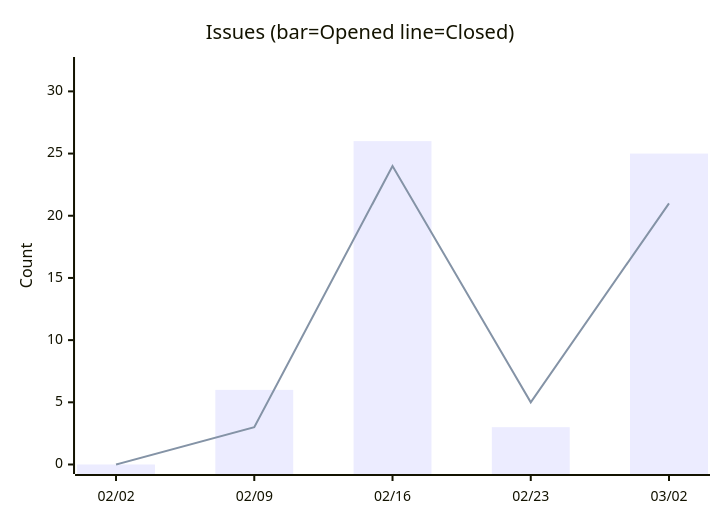
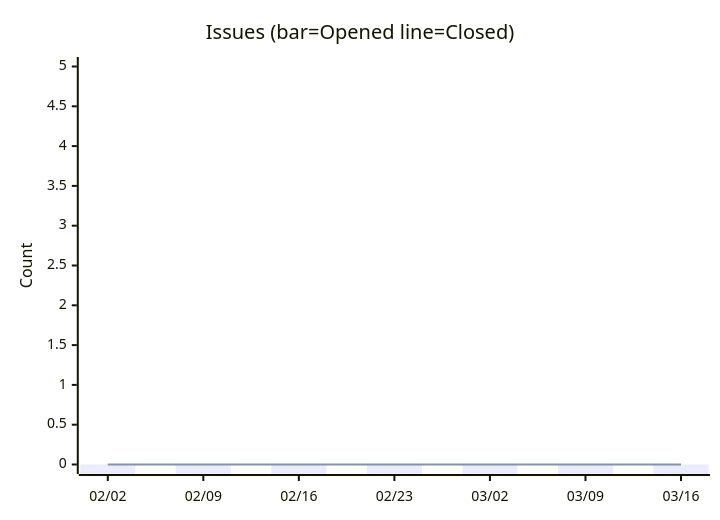
One commit to nablarch/nabledge-dev changed the fifth of 11 diagrams in docs/metrics.md. Above: the diagram before and after it, drawn with Mermaid. The commit also changed other lines of this file, not shown here.

````diff
--- a/docs/metrics.md
+++ b/docs/metrics.md
@@ -66,8 +66,8 @@
 ```mermaid
 xychart-beta
   title "Issues (bar=Opened  line=Closed)"
-  x-axis ["02/02", "02/09", "02/16", "02/23", "03/02"]
-  y-axis "Count" 0 --> 32
-  bar [0, 6, 26, 3, 25]
-  line [0, 3, 24, 5, 21]
+  x-axis ["02/02", "02/09", "02/16", "02/23", "03/02", "03/09", "03/16"]
+  y-axis "Count" 0 --> 5
+  bar [0, 0, 0, 0, 0, 0, 0]
+  line [0, 0, 0, 0, 0, 0, 0]
 ```
````
